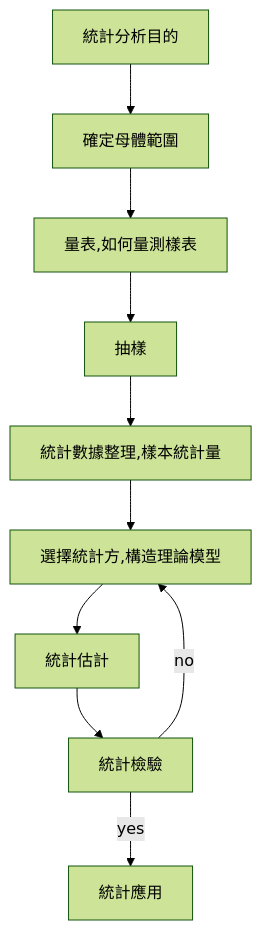
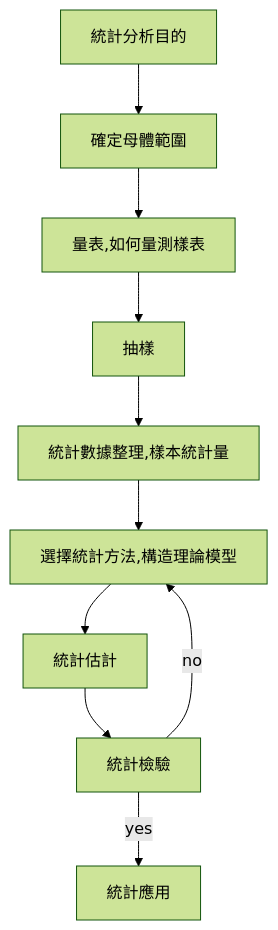
Before and after one commit to chchoiw/chchoiw.github.io: the first of 3 diagrams in _posts/2022-05-21-statistic_analysis.md, drawn with Mermaid (forest theme). The commit also changed other lines of this file, not shown here.

````diff
--- a/_posts/2022-05-21-statistic_analysis.md
+++ b/_posts/2022-05-21-statistic_analysis.md
@@ -46,21 +45,21 @@
 ```mermaid
 graph TB
 iid0[統計分析目的]
 iid1[確定母體範圍]
 iid2[量表,如何量測樣表]
 iid3[抽樣]
 iid4[統計數據整理,樣本統計量]
-iid5[選擇統計方,構造理論模型]
+iid5[選擇統計方法,構造理論模型]
 iid6[統計估計]
 iid7[統計檢驗]
 iid8[統計應用]
 iid0-->iid1
 iid1-->iid2
 iid2-->iid3
 iid3-->iid4
 iid4-->iid5
 iid5-->iid6
 iid6-->iid7
 iid7-->|yes|iid8
 iid7-->|no|iid5
 ```
````
